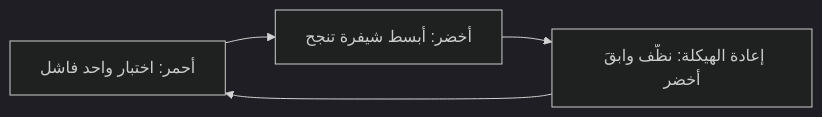
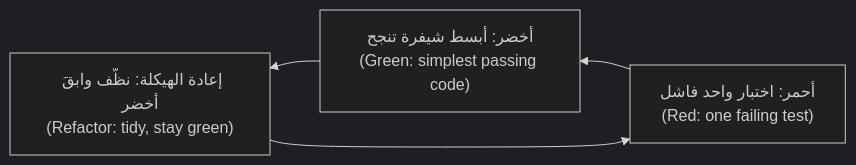
One commit to Tamoura/system-design-for-vibe-coders changed the first of 3 diagrams in testing/modules/02-code.ar.md. Above: the diagram before and after it, drawn with Mermaid (dark theme). The commit also changed other lines of this file and 39 other files, not shown here.

````diff
--- a/testing/modules/02-code.ar.md
+++ b/testing/modules/02-code.ar.md
@@ -258,6 +258,6 @@
 ```mermaid
-flowchart LR
-    R["أحمر: اختبار واحد فاشل"] --> G["أخضر: أبسط شيفرة تنجح"]
-    G --> F["إعادة الهيكلة: نظّف وابقَ أخضر"]
+flowchart RL
+    R["أحمر: اختبار واحد فاشل<br/>(Red: one failing test)"] --> G["أخضر: أبسط شيفرة تنجح<br/>(Green: simplest passing code)"]
+    G --> F["إعادة الهيكلة: نظّف وابقَ أخضر<br/>(Refactor: tidy, stay green)"]
     F --> R
 ```
````
